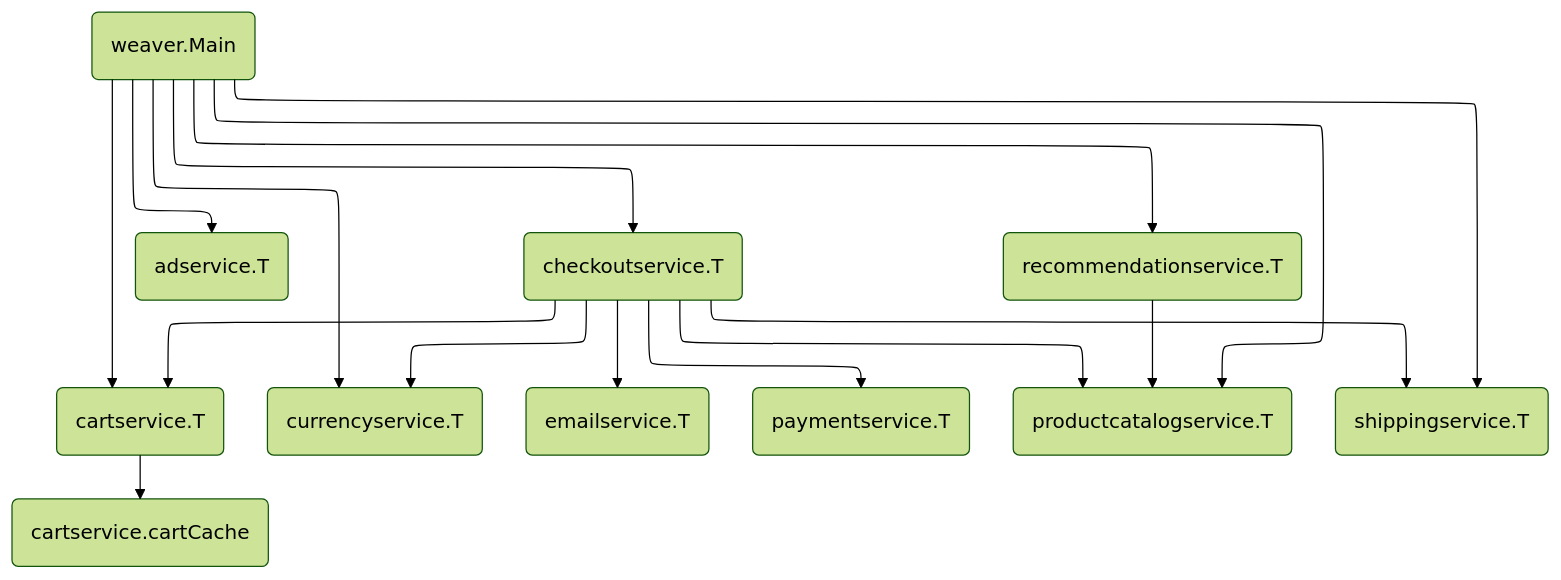
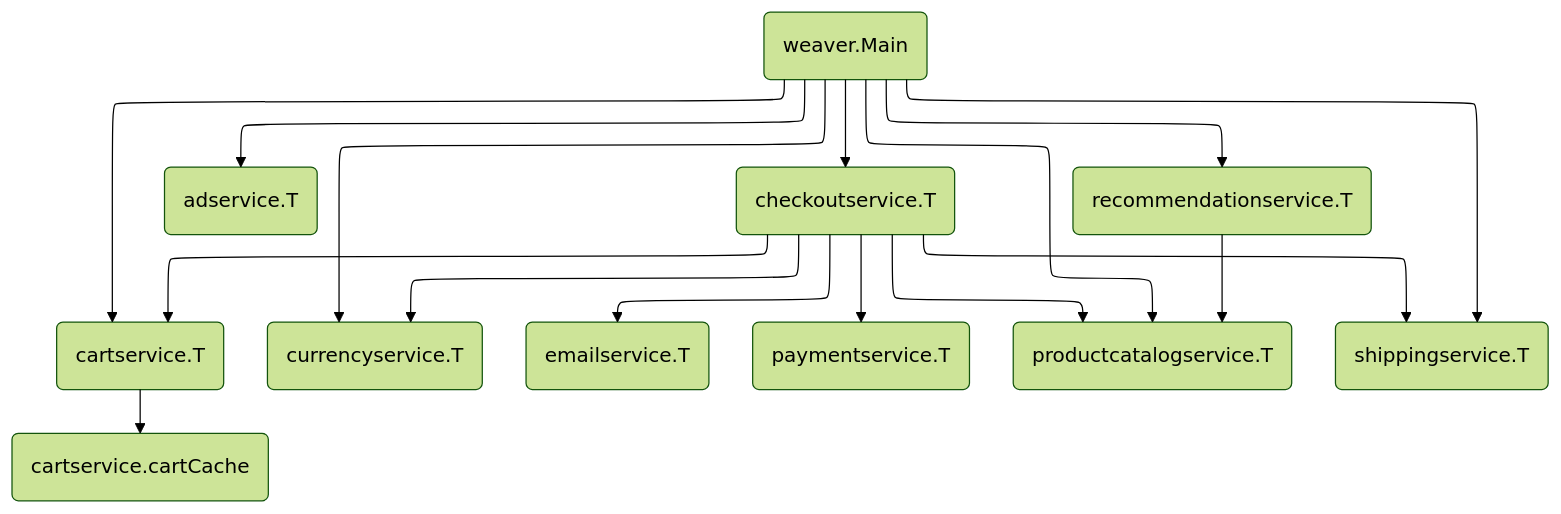
One commit to ServiceWeaver/onlineboutique changed the diagram in README.md. Above: the diagram before and after it, drawn with Mermaid (forest theme). The commit also changed 29 other files, not shown here.

````diff
--- a/README.md
+++ b/README.md
@@ -6,33 +6,33 @@
 ```mermaid
 %%{init: {"flowchart": {"defaultRenderer": "elk"}} }%%
 graph TD
     %% Nodes.
+    github.com/ServiceWeaver/onlineboutique/adservice/T(adservice.T)
+    github.com/ServiceWeaver/onlineboutique/cartservice/T(cartservice.T)
+    github.com/ServiceWeaver/onlineboutique/cartservice/cartCache(cartservice.cartCache)
+    github.com/ServiceWeaver/onlineboutique/checkoutservice/T(checkoutservice.T)
+    github.com/ServiceWeaver/onlineboutique/currencyservice/T(currencyservice.T)
+    github.com/ServiceWeaver/onlineboutique/emailservice/T(emailservice.T)
+    github.com/ServiceWeaver/onlineboutique/paymentservice/T(paymentservice.T)
+    github.com/ServiceWeaver/onlineboutique/productcatalogservice/T(productcatalogservice.T)
+    github.com/ServiceWeaver/onlineboutique/recommendationservice/T(recommendationservice.T)
+    github.com/ServiceWeaver/onlineboutique/shippingservice/T(shippingservice.T)
     github.com/ServiceWeaver/weaver/Main(weaver.Main)
-    github.com/ServiceWeaver/weaver/examples/onlineboutique/adservice/T(adservice.T)
-    github.com/ServiceWeaver/weaver/examples/onlineboutique/cartservice/T(cartservice.T)
-    github.com/ServiceWeaver/weaver/examples/onlineboutique/cartservice/cartCache(cartservice.cartCache)
-    github.com/ServiceWeaver/weaver/examples/onlineboutique/checkoutservice/T(checkoutservice.T)
-    github.com/ServiceWeaver/weaver/examples/onlineboutique/currencyservice/T(currencyservice.T)
-    github.com/ServiceWeaver/weaver/examples/onlineboutique/emailservice/T(emailservice.T)
-    github.com/ServiceWeaver/weaver/examples/onlineboutique/paymentservice/T(paymentservice.T)
-    github.com/ServiceWeaver/weaver/examples/onlineboutique/productcatalogservice/T(productcatalogservice.T)
-    github.com/ServiceWeaver/weaver/examples/onlineboutique/recommendationservice/T(recommendationservice.T)
-    github.com/ServiceWeaver/weaver/examples/onlineboutique/shippingservice/T(shippingservice.T)
 
     %% Edges.
-    github.com/ServiceWeaver/weaver/Main --> github.com/ServiceWeaver/weaver/examples/onlineboutique/adservice/T
-    github.com/ServiceWeaver/weaver/Main --> github.com/ServiceWeaver/weaver/examples/onlineboutique/cartservice/T
-    github.com/ServiceWeaver/weaver/Main --> github.com/ServiceWeaver/weaver/examples/onlineboutique/checkoutservice/T
-    github.com/ServiceWeaver/weaver/Main --> github.com/ServiceWeaver/weaver/examples/onlineboutique/currencyservice/T
-    github.com/ServiceWeaver/weaver/Main --> github.com/ServiceWeaver/weaver/examples/onlineboutique/productcatalogservice/T
-    github.com/ServiceWeaver/weaver/Main --> github.com/ServiceWeaver/weaver/examples/onlineboutique/recommendationservice/T
-    github.com/ServiceWeaver/weaver/Main --> github.com/ServiceWeaver/weaver/examples/onlineboutique/shippingservice/T
-    github.com/ServiceWeaver/weaver/examples/onlineboutique/cartservice/T --> github.com/ServiceWeaver/weaver/examples/onlineboutique/cartservice/cartCache
-    github.com/ServiceWeaver/weaver/examples/onlineboutique/checkoutservice/T --> github.com/ServiceWeaver/weaver/examples/onlineboutique/cartservice/T
-    github.com/ServiceWeaver/weaver/examples/onlineboutique/checkoutservice/T --> github.com/ServiceWeaver/weaver/examples/onlineboutique/currencyservice/T
-    github.com/ServiceWeaver/weaver/examples/onlineboutique/checkoutservice/T --> github.com/ServiceWeaver/weaver/examples/onlineboutique/emailservice/T
-    github.com/ServiceWeaver/weaver/examples/onlineboutique/checkoutservice/T --> github.com/ServiceWeaver/weaver/examples/onlineboutique/paymentservice/T
-    github.com/ServiceWeaver/weaver/examples/onlineboutique/checkoutservice/T --> github.com/ServiceWeaver/weaver/examples/onlineboutique/productcatalogservice/T
-    github.com/ServiceWeaver/weaver/examples/onlineboutique/checkoutservice/T --> github.com/ServiceWeaver/weaver/examples/onlineboutique/shippingservice/T
-    github.com/ServiceWeaver/weaver/examples/onlineboutique/recommendationservice/T --> github.com/ServiceWeaver/weaver/examples/onlineboutique/productcatalogservice/T
+    github.com/ServiceWeaver/onlineboutique/cartservice/T --> github.com/ServiceWeaver/onlineboutique/cartservice/cartCache
+    github.com/ServiceWeaver/onlineboutique/checkoutservice/T --> github.com/ServiceWeaver/onlineboutique/cartservice/T
+    github.com/ServiceWeaver/onlineboutique/checkoutservice/T --> github.com/ServiceWeaver/onlineboutique/currencyservice/T
+    github.com/ServiceWeaver/onlineboutique/checkoutservice/T --> github.com/ServiceWeaver/onlineboutique/emailservice/T
+    github.com/ServiceWeaver/onlineboutique/checkoutservice/T --> github.com/ServiceWeaver/onlineboutique/paymentservice/T
+    github.com/ServiceWeaver/onlineboutique/checkoutservice/T --> github.com/ServiceWeaver/onlineboutique/productcatalogservice/T
+    github.com/ServiceWeaver/onlineboutique/checkoutservice/T --> github.com/ServiceWeaver/onlineboutique/shippingservice/T
+    github.com/ServiceWeaver/onlineboutique/recommendationservice/T --> github.com/ServiceWeaver/onlineboutique/productcatalogservice/T
+    github.com/ServiceWeaver/weaver/Main --> github.com/ServiceWeaver/onlineboutique/adservice/T
+    github.com/ServiceWeaver/weaver/Main --> github.com/ServiceWeaver/onlineboutique/cartservice/T
+    github.com/ServiceWeaver/weaver/Main --> github.com/ServiceWeaver/onlineboutique/checkoutservice/T
+    github.com/ServiceWeaver/weaver/Main --> github.com/ServiceWeaver/onlineboutique/currencyservice/T
+    github.com/ServiceWeaver/weaver/Main --> github.com/ServiceWeaver/onlineboutique/productcatalogservice/T
+    github.com/ServiceWeaver/weaver/Main --> github.com/ServiceWeaver/onlineboutique/recommendationservice/T
+    github.com/ServiceWeaver/weaver/Main --> github.com/ServiceWeaver/onlineboutique/shippingservice/T
 ```
````
